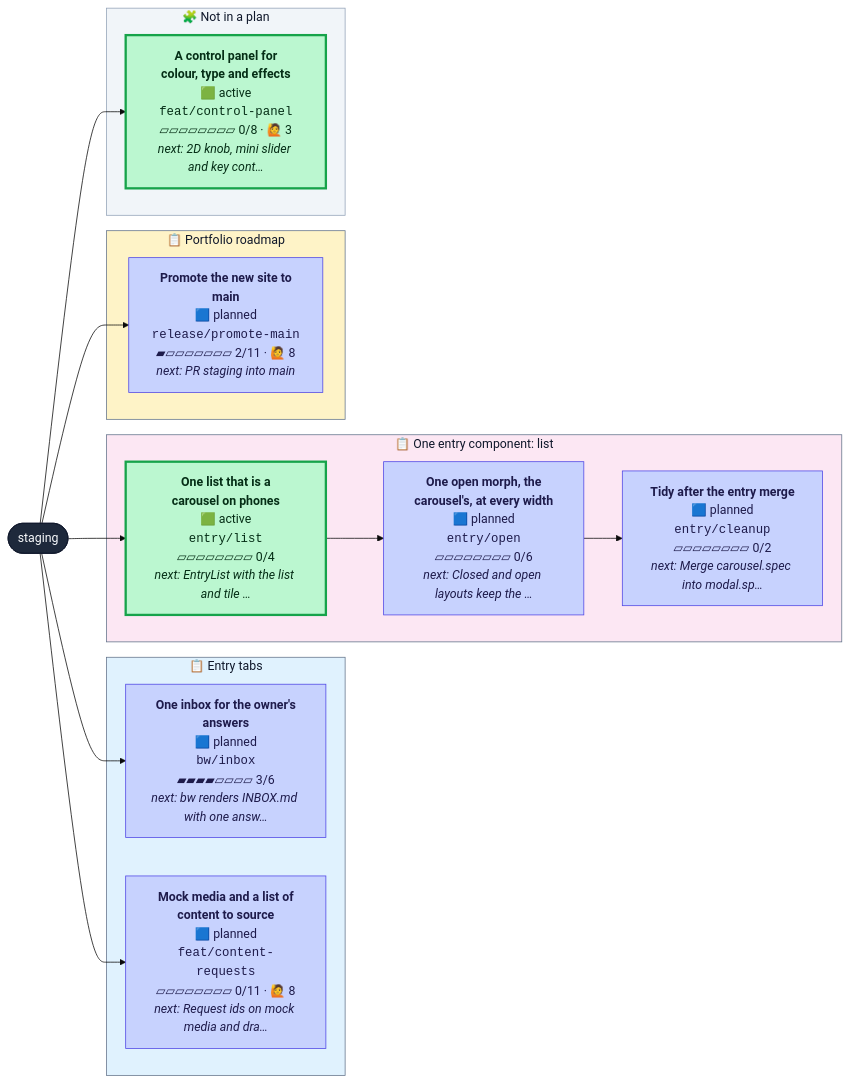
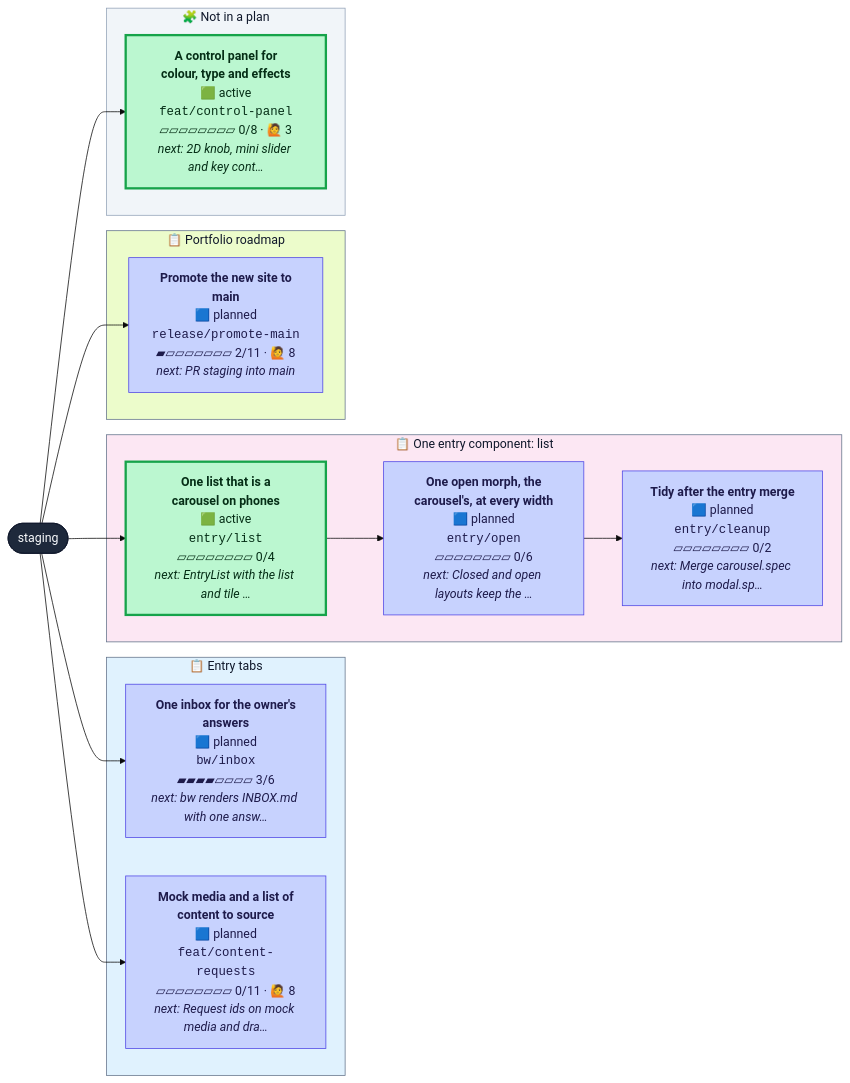
One commit to henryjonescodes/portfolio changed the diagram in CONTRIBUTING.md. Above: the diagram before and after it, drawn with Mermaid (base theme). The commit also changed other lines of this file, not shown here.

````diff
--- a/CONTRIBUTING.md
+++ b/CONTRIBUTING.md
@@ -16,44 +16,44 @@
 ```mermaid
 flowchart LR
   n_staging([staging])
   class n_staging trunk
   subgraph plan_0["📋 Entry tabs"]
     n_bw_inbox["<b>One inbox for the owner's<br/>answers</b><br/>🟦 planned<br/><code>bw/inbox</code><br/>▰▰▰▰▱▱▱▱ 3/6<br/><i>next: bw renders INBOX.md with one answ…</i>"]
     class n_bw_inbox planned
     n_feat_content_requests["<b>Mock media and a list of<br/>content to source</b><br/>🟦 planned<br/><code>feat/content-requests</code><br/>▱▱▱▱▱▱▱▱ 0/11 · 🙋 8<br/><i>next: Request ids on mock media and dra…</i>"]
     class n_feat_content_requests planned
   end
   style plan_0 fill:#e0f2fe,stroke:#64748b,color:#0f172a
   subgraph plan_1["📋 One entry component: list"]
     n_entry_cleanup["<b>Tidy after the entry merge</b><br/>🟦 planned<br/><code>entry/cleanup</code><br/>▱▱▱▱▱▱▱▱ 0/2<br/><i>next: Merge carousel.spec into modal.sp…</i>"]
     class n_entry_cleanup planned
     n_entry_list["<b>One list that is a<br/>carousel on phones</b><br/>🟩 active<br/><code>entry/list</code><br/>▱▱▱▱▱▱▱▱ 0/4<br/><i>next: EntryList with the list and tile …</i>"]
     class n_entry_list active
     n_entry_open["<b>One open morph, the<br/>carousel's, at every width</b><br/>🟦 planned<br/><code>entry/open</code><br/>▱▱▱▱▱▱▱▱ 0/6<br/><i>next: Closed and open layouts keep the …</i>"]
     class n_entry_open planned
   end
   style plan_1 fill:#fce7f3,stroke:#64748b,color:#0f172a
-  subgraph plan_3["📋 Portfolio roadmap"]
+  subgraph plan_2["📋 Portfolio roadmap"]
     n_release_promote_main["<b>Promote the new site to<br/>main</b><br/>🟦 planned<br/><code>release/promote-main</code><br/>▰▱▱▱▱▱▱▱ 2/11 · 🙋 8<br/><i>next: PR staging into main</i>"]
     class n_release_promote_main planned
   end
-  style plan_3 fill:#fef3c7,stroke:#64748b,color:#0f172a
+  style plan_2 fill:#ecfccb,stroke:#64748b,color:#0f172a
   subgraph loose["🧩 Not in a plan"]
     n_feat_control_panel["<b>A control panel for<br/>colour, type and effects</b><br/>🟩 active<br/><code>feat/control-panel</code><br/>▱▱▱▱▱▱▱▱ 0/8 · 🙋 3<br/><i>next: 2D knob, mini slider and key cont…</i>"]
     class n_feat_control_panel active
   end
   style loose fill:#f1f5f9,stroke:#94a3b8,color:#0f172a
   n_staging --> n_bw_inbox
   n_entry_open --> n_entry_cleanup
   n_staging --> n_entry_list
   n_entry_list --> n_entry_open
   n_staging --> n_feat_content_requests
   n_staging --> n_feat_control_panel
   n_staging --> n_release_promote_main
   classDef planned fill:#c7d2fe,stroke:#4f46e5,color:#1e1b4b
   classDef active fill:#bbf7d0,stroke:#16a34a,stroke-width:3px,color:#052e16
   classDef review fill:#fde68a,stroke:#d97706,stroke-width:3px,color:#451a03
   classDef blocked fill:#fecaca,stroke:#dc2626,stroke-width:3px,color:#450a0a
   classDef trunk fill:#1e293b,stroke:#0f172a,color:#f8fafc
   classDef current stroke:#0ea5e9,stroke-width:5px
 ```
````
